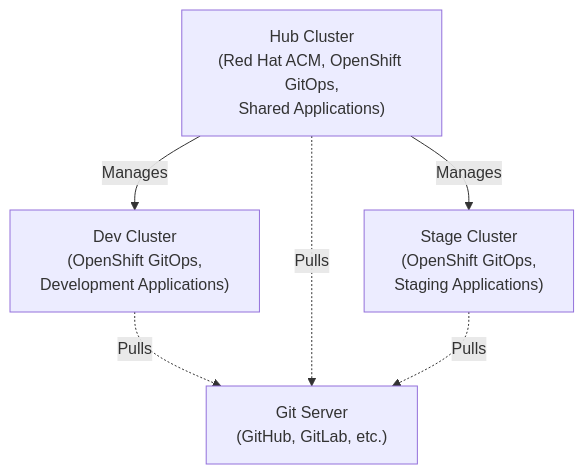
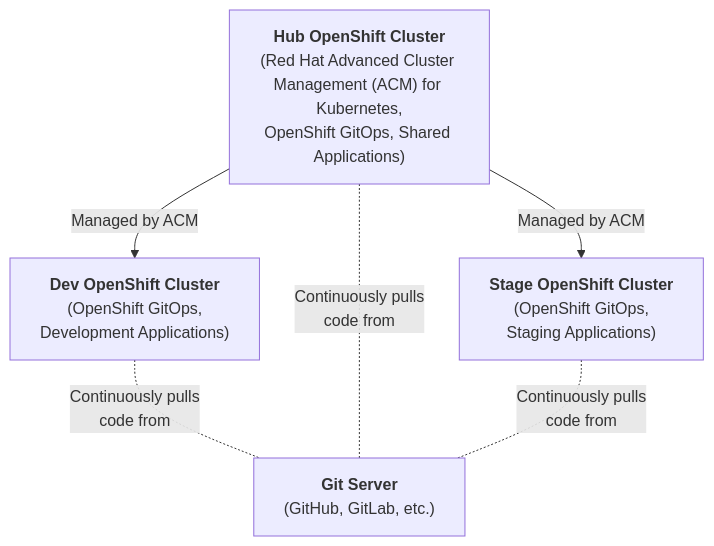
One commit to hello-world-gitops/.github changed the first of 2 diagrams in profile/README.md. Above: the diagram before and after it, drawn with Mermaid. The commit also changed other lines of this file, not shown here.

Commit message:
Formatting updates to clusters diagram

````diff
--- a/profile/README.md
+++ b/profile/README.md
@@ -20,15 +20,15 @@
 ```mermaid
 graph TD
-        Dev["Dev Cluster<br />(OpenShift GitOps,<br />Development Applications)"]
-        Hub["Hub Cluster<br />(Red Hat ACM, OpenShift GitOps,<br />Shared Applications)"]
-        Stage["Stage Cluster<br />(OpenShift GitOps,<br />Staging Applications)"]
+        Dev["<b>Dev OpenShift Cluster</b><br />(OpenShift GitOps,<br />Development Applications)"]
+        Hub["<b>Hub OpenShift Cluster</b><br />(Red Hat Advanced Cluster Management (ACM) for Kubernetes,<br />OpenShift GitOps, Shared Applications)"]
+        Stage["<b>Stage OpenShift Cluster</b><br />(OpenShift GitOps,<br />Staging Applications)"]
 
-        Git["Git Server<br />(GitHub, GitLab, etc.)"]
+        Git["<b>Git Server</b><br />(GitHub, GitLab, etc.)"]
 
-        Dev -. Pulls .-> Git
-        Hub -. Pulls .-> Git
-        Stage -. Pulls .-> Git
+        Dev -. "Continuously pulls<br />code from" .- Git
+        Hub -. "Continuously pulls<br />code from" .- Git
+        Stage -. "Continuously pulls<br />code from" .- Git
 
-        Hub -- Manages --> Dev
-        Hub -- Manages --> Stage
+        Hub -- Managed by ACM --> Dev
+        Hub -- Managed by ACM --> Stage
 ```
````
